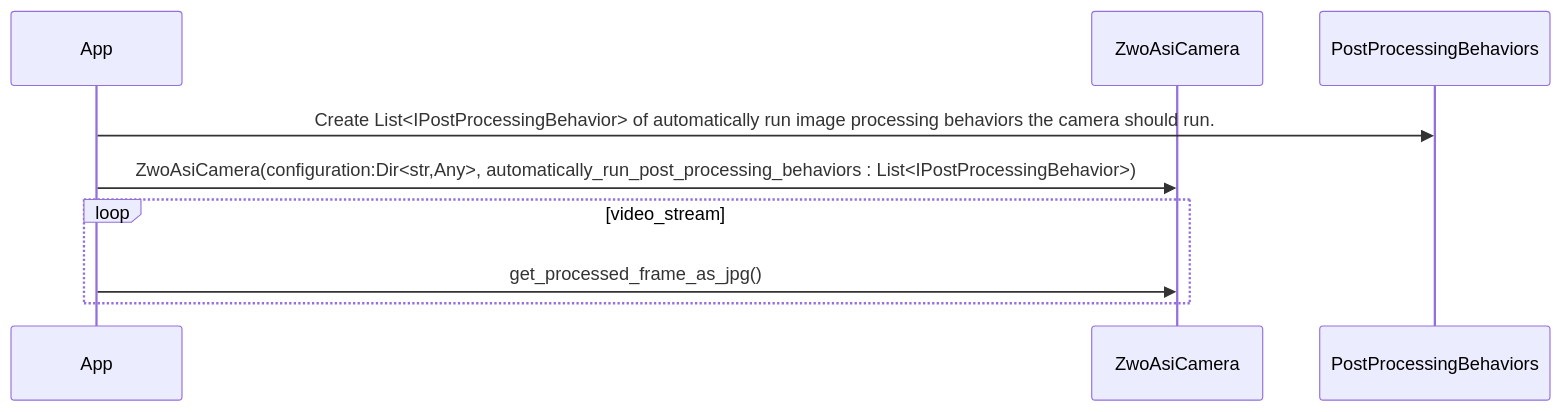
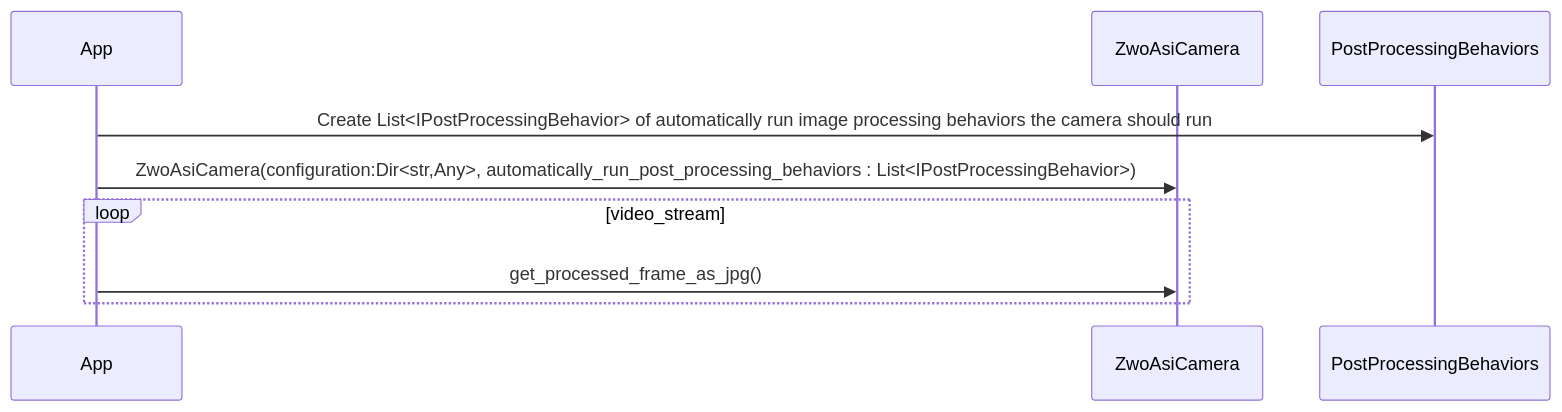
Before and after one commit to mgrandau/telescope-control: the third of 5 diagrams in application/asi-camera-design.md, drawn with Mermaid. The commit also changed other lines of this file, not shown here.

````diff
--- a/application/asi-camera-design.md
+++ b/application/asi-camera-design.md
@@ -83,14 +129,14 @@
 ```mermaid
 sequenceDiagram
   participant App
   participant ZwoAsiCamera
   participant PostProcessingBehaviors
 
-  App->>PostProcessingBehaviors: Create List<IPostProcessingBehavior> of automatically run image processing behaviors the camera should run.
+  App->>PostProcessingBehaviors: Create List<IPostProcessingBehavior> of automatically run image processing behaviors the camera should run
 
   App->>ZwoAsiCamera: ZwoAsiCamera(configuration:Dir<str,Any>, automatically_run_post_processing_behaviors : List<IPostProcessingBehavior>)
 
   loop video_stream
     App->>ZwoAsiCamera: get_processed_frame_as_jpg()
   end
 ```
````
